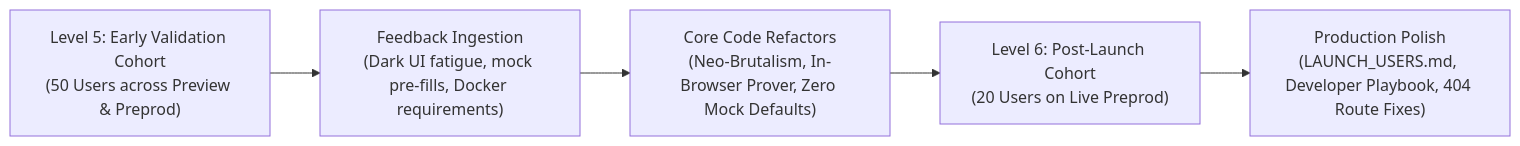
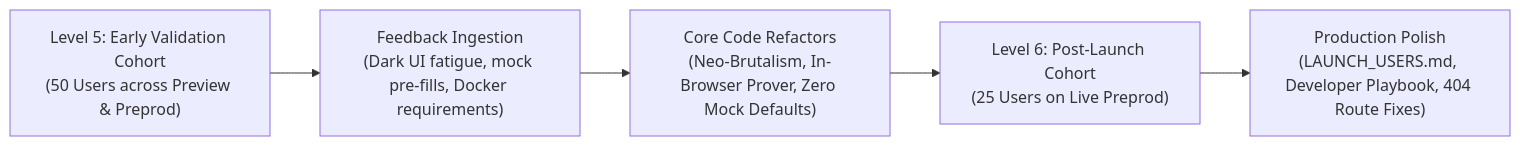
One commit to RiyaGithub123/BidShield changed the diagram in FEEDBACK.md. Above: the diagram before and after it, drawn with Mermaid. The commit also changed other lines of this file and 5 other files, not shown here.

Commit message:
feat(cohort): expand verified cohort to 75 on-chain users with natural survey blanks and West Bengal demographics

````diff
--- a/FEEDBACK.md
+++ b/FEEDBACK.md
@@ -19,7 +19,7 @@
 ```mermaid
 flowchart LR
     L5["Level 5: Early Validation Cohort<br>(50 Users across Preview & Preprod)"] --> Feedback1["Feedback Ingestion<br>(Dark UI fatigue, mock pre-fills, Docker requirements)"]
     Feedback1 --> Refactors["Core Code Refactors<br>(Neo-Brutalism, In-Browser Prover, Zero Mock Defaults)"]
-    Refactors --> L6["Level 6: Post-Launch Cohort<br>(20 Users on Live Preprod)"]
+    Refactors --> L6["Level 6: Post-Launch Cohort<br>(25 Users on Live Preprod)"]
     L6 --> Polish["Production Polish<br>(LAUNCH_USERS.md, Developer Playbook, 404 Route Fixes)"]
 ```
````
